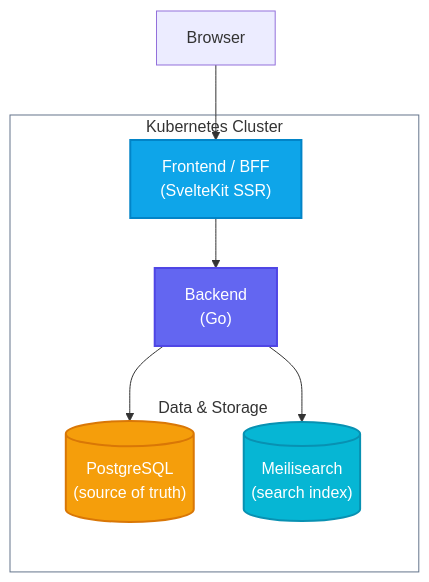
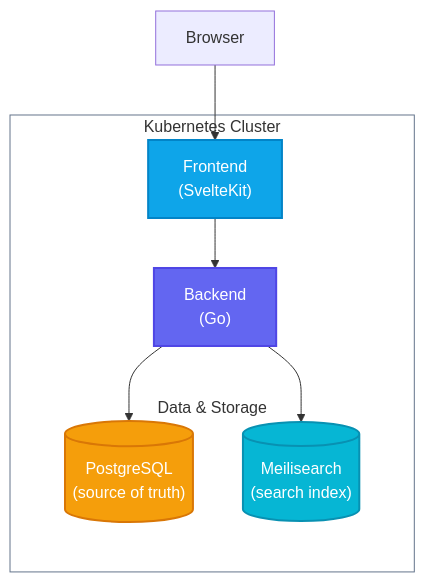
One commit to robbdimitrov/pixelgram changed the diagram in README.md. Above: the diagram before and after it, drawn with Mermaid. The commit also changed 3 other files, not shown here.

````diff
--- a/README.md
+++ b/README.md
@@ -23,26 +23,26 @@
 ```mermaid
 graph TD
     Browser["Browser"]
 
     subgraph cluster ["Kubernetes Cluster"]
-        Web["Frontend / BFF<br>(SvelteKit SSR)"]:::frontend
-        API["Backend<br>(Go)"]:::backend
+        Frontend["Frontend<br>(SvelteKit)"]:::frontend
+        Gateway["Backend<br>(Go)"]:::backend
 
         subgraph data ["Data & Storage"]
             DB[("PostgreSQL<br>(source of truth)")]:::database
             Search[("Meilisearch<br>(search index)")]:::search
         end
     end
 
-    Browser --> Web
-    Web --> API
-    API --> DB & Search
+    Browser --> Frontend
+    Frontend --> Gateway
+    Gateway --> DB & Search
 
     classDef frontend fill:#0ea5e9,stroke:#0284c7,stroke-width:2px,color:#fff
     classDef backend fill:#6366f1,stroke:#4f46e5,stroke-width:2px,color:#fff
     classDef database fill:#f59e0b,stroke:#d97706,stroke-width:2px,color:#fff
     classDef search fill:#06b6d4,stroke:#0891b2,stroke-width:2px,color:#fff
 
     style cluster fill:transparent,stroke:#64748b
     style data fill:transparent,stroke:transparent
 ```
````
